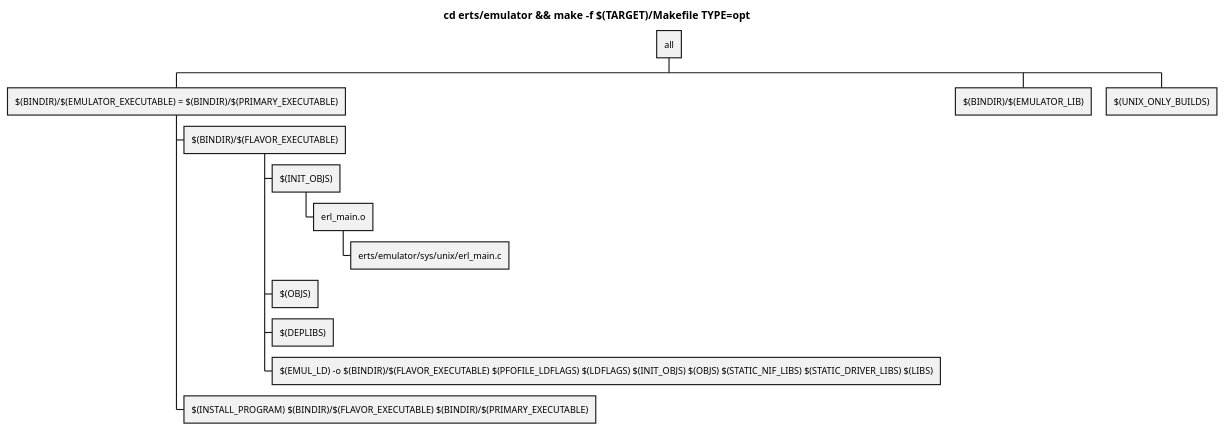
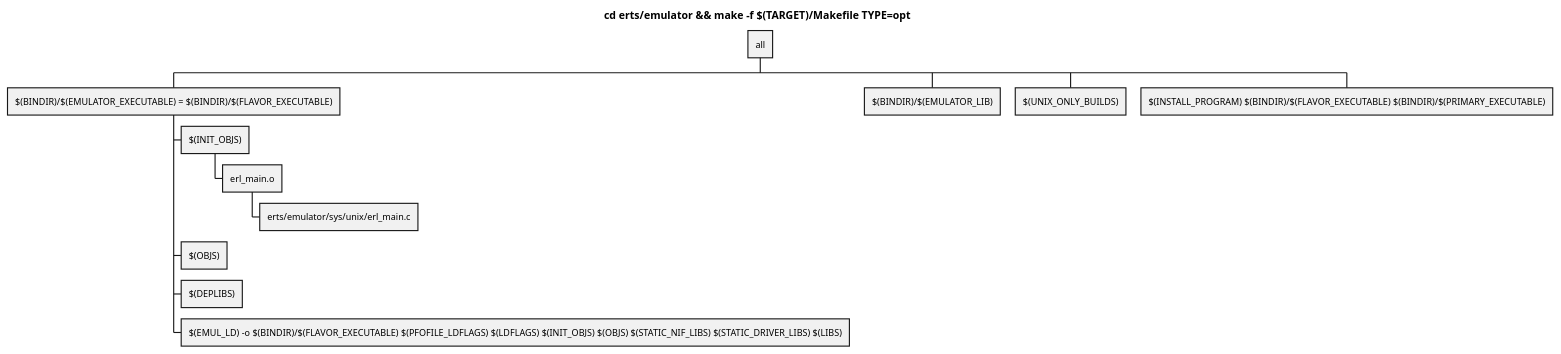
One commit to ohr486/ErlHG changed the fourth of 4 diagrams in makefile.md. Above: the diagram before and after it, drawn with PlantUML. The commit also changed other lines of this file, not shown here.

Commit message:
fix makefile diagrams

````diff
--- a/makefile.md
+++ b/makefile.md
@@ -73,17 +83,16 @@
 ```plantuml
 @startwbs
 title cd erts/emulator && make -f $(TARGET)/Makefile TYPE=opt
 * all
-** $(BINDIR)/$(EMULATOR_EXECUTABLE) = $(BINDIR)/$(PRIMARY_EXECUTABLE)
-*** $(BINDIR)/$(FLAVOR_EXECUTABLE)
-**** $(INIT_OBJS)
-***** erl_main.o
-****** erts/emulator/sys/unix/erl_main.c
-**** $(OBJS)
-**** $(DEPLIBS)
-**** $(EMUL_LD) -o $(BINDIR)/$(FLAVOR_EXECUTABLE) $(PFOFILE_LDFLAGS) $(LDFLAGS) $(INIT_OBJS) $(OBJS) $(STATIC_NIF_LIBS) $(STATIC_DRIVER_LIBS) $(LIBS)
-*** $(INSTALL_PROGRAM) $(BINDIR)/$(FLAVOR_EXECUTABLE) $(BINDIR)/$(PRIMARY_EXECUTABLE)
+** $(BINDIR)/$(EMULATOR_EXECUTABLE) = $(BINDIR)/$(FLAVOR_EXECUTABLE)
+*** $(INIT_OBJS)
+**** erl_main.o
+***** erts/emulator/sys/unix/erl_main.c
+*** $(OBJS)
+*** $(DEPLIBS)
+*** $(EMUL_LD) -o $(BINDIR)/$(FLAVOR_EXECUTABLE) $(PFOFILE_LDFLAGS) $(LDFLAGS) $(INIT_OBJS) $(OBJS) $(STATIC_NIF_LIBS) $(STATIC_DRIVER_LIBS) $(LIBS)
 ** $(BINDIR)/$(EMULATOR_LIB)
 ** $(UNIX_ONLY_BUILDS)
+** $(INSTALL_PROGRAM) $(BINDIR)/$(FLAVOR_EXECUTABLE) $(BINDIR)/$(PRIMARY_EXECUTABLE)
 @endwbs
 ```
````
